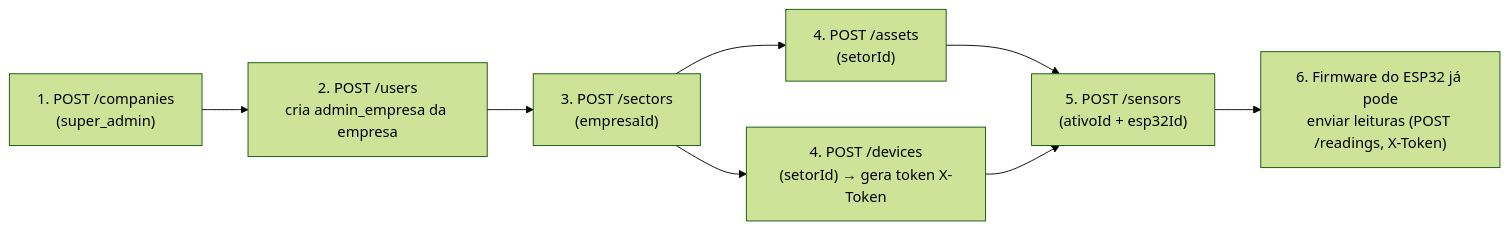
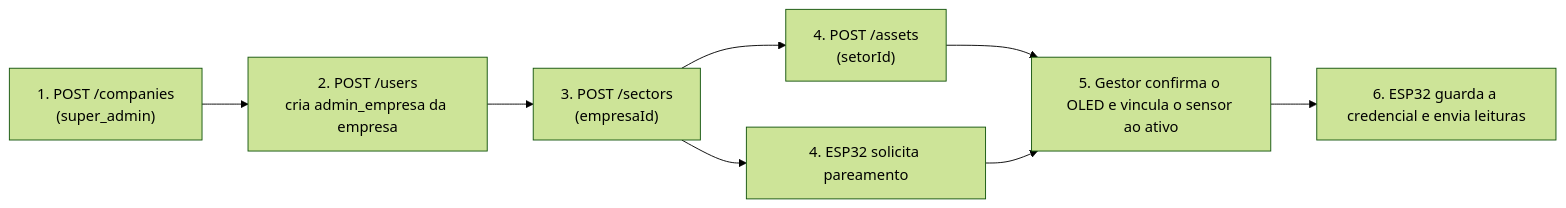
One commit to ceoprogramador456-lang/tcc changed the second of 5 diagrams in docs/BUSINESS_FLOWS.md. Above: the diagram before and after it, drawn with Mermaid (forest theme). The commit also changed other lines of this file and 75 other files, not shown here.

Commit message:
Integra solicitações de serviço e pareamento atualizado do ESP32

````diff
--- a/docs/BUSINESS_FLOWS.md
+++ b/docs/BUSINESS_FLOWS.md
@@ -35,10 +35,10 @@
 ```mermaid
 flowchart LR
     A["1. POST /companies<br/>(super_admin)"] --> B["2. POST /users<br/>cria admin_empresa da empresa"]
     B --> C["3. POST /sectors<br/>(empresaId)"]
     C --> D["4. POST /assets<br/>(setorId)"]
-    C --> E["4. POST /devices<br/>(setorId) → gera token X-Token"]
-    D --> F["5. POST /sensors<br/>(ativoId + esp32Id)"]
+    C --> E["4. ESP32 solicita pareamento"]
+    D --> F["5. Gestor confirma o OLED e vincula o sensor ao ativo"]
     E --> F
-    F --> G["6. Firmware do ESP32 já pode<br/>enviar leituras (POST /readings, X-Token)"]
+    F --> G["6. ESP32 guarda a credencial e envia leituras"]
 ```
````
